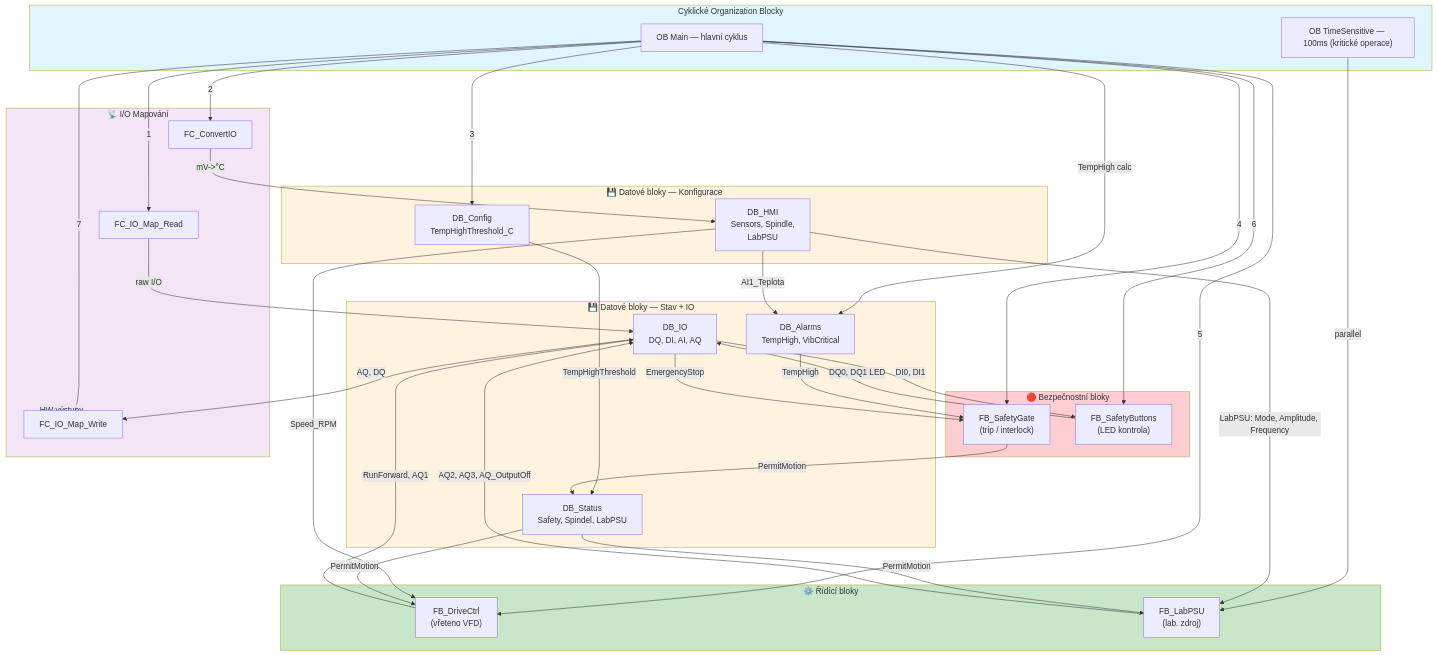
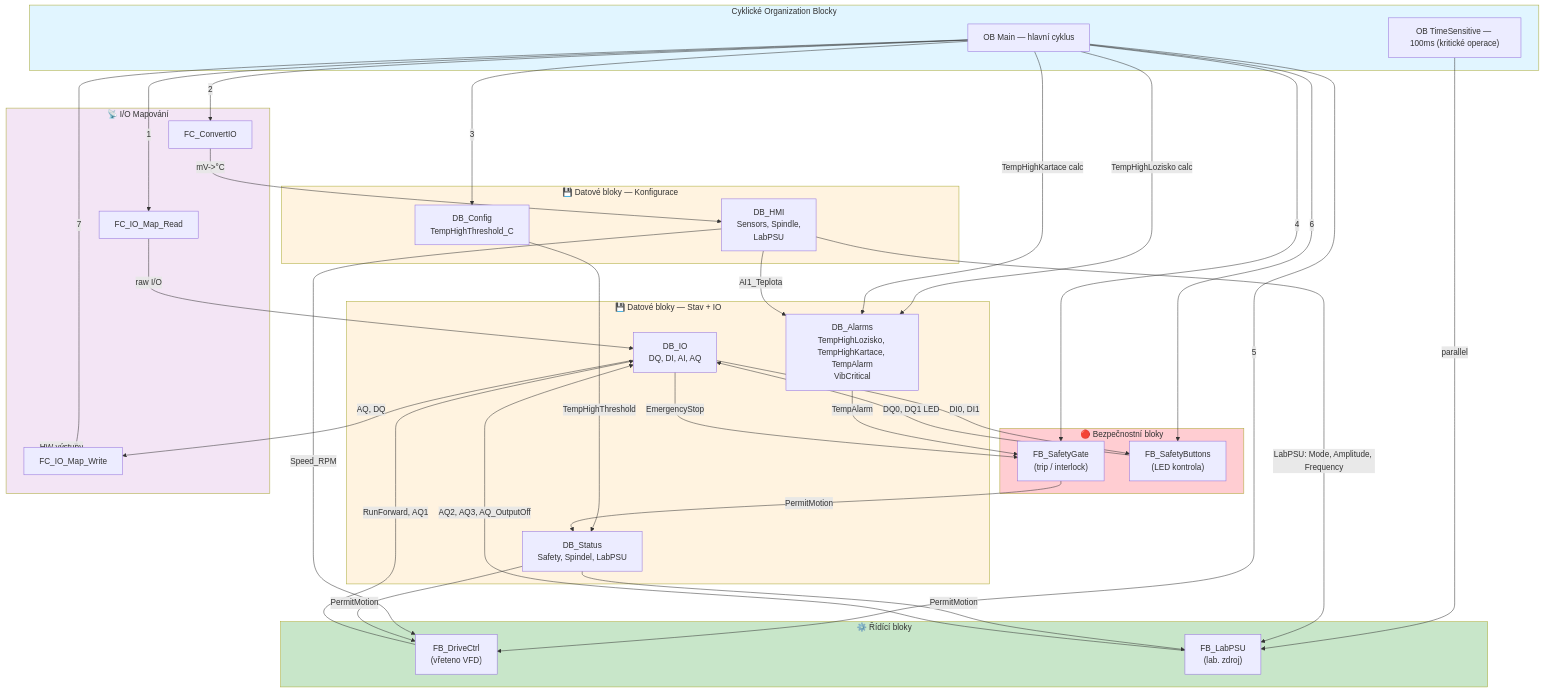
One commit to jroth-arch/vfd-spindel-plc changed the first of 3 diagrams in docs/architecture.md. Above: the diagram before and after it, drawn with Mermaid. The commit also changed other lines of this file and 46 other files, not shown here.

````diff
--- a/docs/architecture.md
+++ b/docs/architecture.md
@@ -9,78 +9,79 @@
 ```mermaid
 flowchart TD
     subgraph OB["Cyklické Organization Blocky"]
         OB_Main["OB Main — hlavní cyklus"]
         OB_TS["OB TimeSensitive — 100ms (kritické operace)"]
     end
     
     subgraph Safety["🔴 Bezpečnostní bloky"]
         FB_SG["FB_SafetyGate<br/>(trip / interlock)"]
         FB_SB["FB_SafetyButtons<br/>(LED kontrola)"]
     end
     
     subgraph Control["⚙️ Řídící bloky"]
         FB_DC["FB_DriveCtrl<br/>(vřeteno VFD)"]
         FB_LP["FB_LabPSU<br/>(lab. zdroj)"]
     end
     
     subgraph DB_Config["💾 Datové bloky — Konfigurace"]
         DB_Conf["DB_Config<br/>TempHighThreshold_C"]
         DB_HMI["DB_HMI<br/>Sensors, Spindle,<br/>LabPSU"]
     end
     
     subgraph DB_Status["💾 Datové bloky — Stav + IO"]
         DB_S["DB_Status<br/>Safety, Spindel, LabPSU"]
         DB_IO["DB_IO<br/>DQ, DI, AI, AQ"]
-        DB_Alm["DB_Alarms<br/>TempHigh, VibCritical"]
+        DB_Alm["DB_Alarms<br/>TempHighLozisko, TempHighKartace, TempAlarm<br/>VibCritical"]
     end
     
     subgraph IO["📡 I/O Mapování"]
         FC_Read["FC_IO_Map_Read"]
         FC_Write["FC_IO_Map_Write"]
         FC_Conv["FC_ConvertIO"]
     end
     
     %% Main cycle flow
     OB_Main -->|1| FC_Read
     FC_Read -->|raw I/O| DB_IO
     
     OB_Main -->|2| FC_Conv
     FC_Conv -->|mV->°C| DB_HMI
     
     OB_Main -->|3| DB_Conf
     DB_Conf -->|TempHighThreshold| DB_S
     
     OB_Main -->|4| FB_SG
-    DB_Alm -->|TempHigh| FB_SG
+    DB_Alm -->|TempAlarm| FB_SG
     DB_IO -->|EmergencyStop| FB_SG
     FB_SG -->|PermitMotion| DB_S
     
     OB_Main -->|5| FB_DC
     DB_HMI -->|Speed_RPM| FB_DC
     DB_S -->|PermitMotion| FB_DC
     FB_DC -->|RunForward, AQ1| DB_IO
     
     OB_Main -->|6| FB_SB
     DB_IO -->|DI0, DI1| FB_SB
     FB_SB -->|DQ0, DQ1 LED| DB_IO
     
     OB_Main -->|7| FC_Write
     DB_IO -->|AQ, DQ| FC_Write
     FC_Write -->|HW výstupy| IO
     
     OB_TS -->|parallel| FB_LP
     DB_HMI -->|LabPSU: Mode, Amplitude, Frequency| FB_LP
     DB_S -->|PermitMotion| FB_LP
     FB_LP -->|AQ2, AQ3, AQ_OutputOff| DB_IO
     
     %% Temp alarm calculation
-    OB_Main -->|TempHigh calc| DB_Alm
+    OB_Main -->|TempHighLozisko calc| DB_Alm
+    OB_Main -->|TempHighKartace calc| DB_Alm
     DB_HMI -->|AI1_Teplota| DB_Alm
     
     style OB fill:#e1f5ff
     style Safety fill:#ffcdd2
     style Control fill:#c8e6c9
     style DB_Config fill:#fff3e0
     style DB_Status fill:#fff3e0
     style IO fill:#f3e5f5
 ```
````
